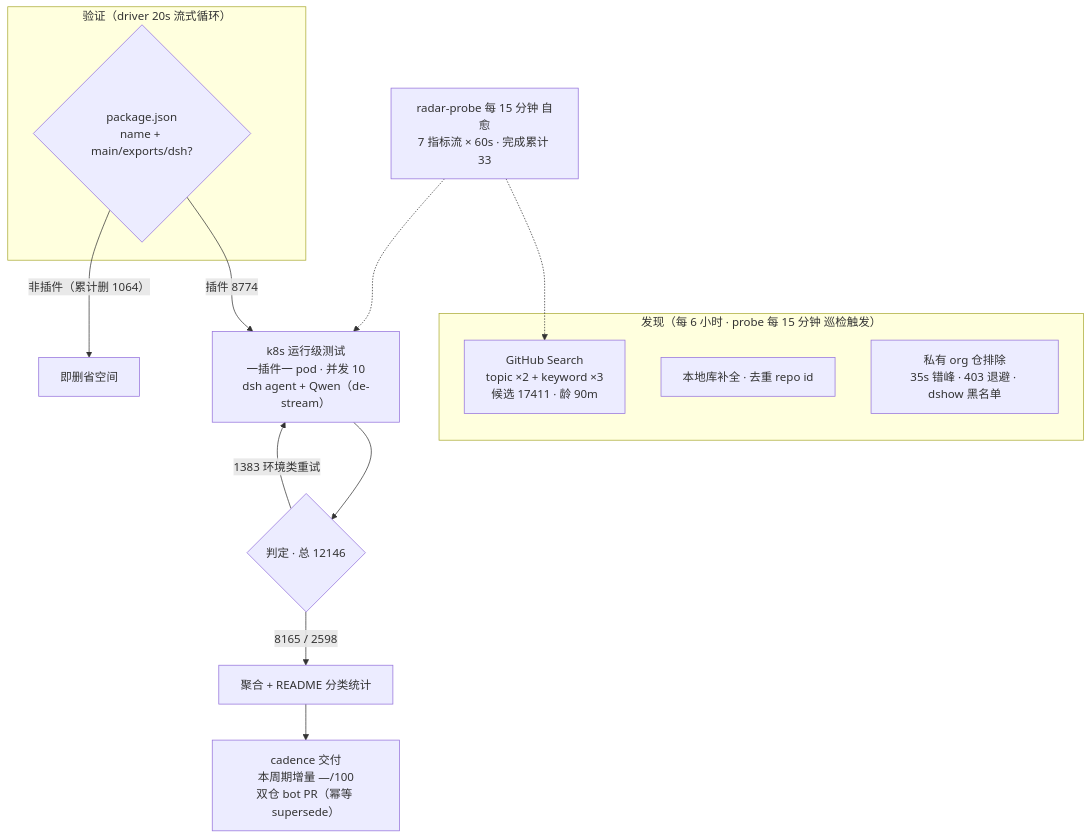
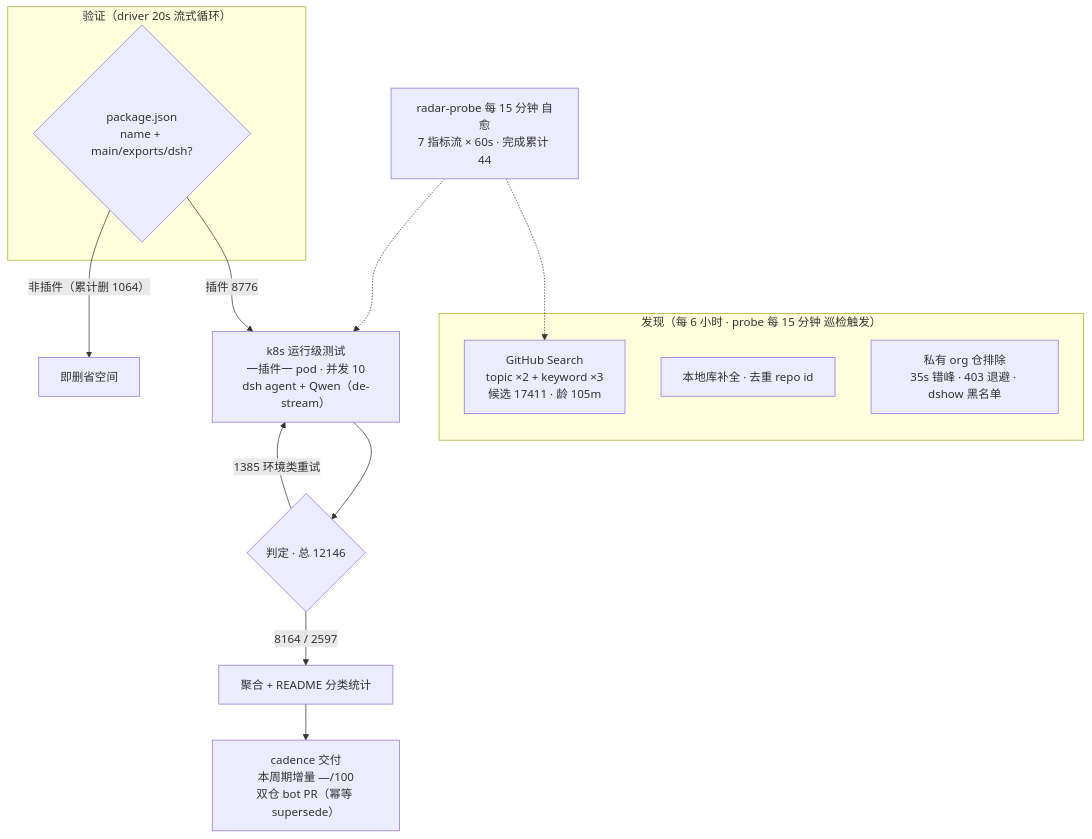
One commit to Zhidao-Lab-OSS/awesome-dsh-plugins changed the diagram in README.md. Above: the diagram before and after it, drawn with Mermaid. The commit also changed other lines of this file and 1 other file, not shown here.

````diff
--- a/README.md
+++ b/README.md
@@ -52,20 +52,20 @@
 ```mermaid
 flowchart TB
     subgraph Discovery["发现（每 6 小时 · probe 每 15 分钟 巡检触发）"]
-        A1["GitHub Search<br/>topic ×2 + keyword ×3<br/>候选 17411 · 龄 90m"]
+        A1["GitHub Search<br/>topic ×2 + keyword ×3<br/>候选 17411 · 龄 105m"]
         A2["本地库补全 · 去重 repo id"]
         A3["私有 org 仓排除<br/>35s 错峰 · 403 退避 · dshow 黑名单"]
     end
     subgraph Validation["验证（driver 20s 流式循环）"]
         B1{"package.json<br/>name + main/exports/dsh?"}
     end
-    B1 -->|"插件 8774"| C1["k8s 运行级测试<br/>一插件一 pod · 并发 10<br/>dsh agent + Qwen（de-stream）"]
+    B1 -->|"插件 8776"| C1["k8s 运行级测试<br/>一插件一 pod · 并发 10<br/>dsh agent + Qwen（de-stream）"]
     B1 -->|"非插件（累计删 1064）"| B3["即删省空间"]
     C1 --> D1{"判定 · 总 12146"}
-    D1 -->|"8165 / 2598"| E1["聚合 + README 分类统计"]
-    D1 -->|"1383 环境类重试"| C1
+    D1 -->|"8164 / 2597"| E1["聚合 + README 分类统计"]
+    D1 -->|"1385 环境类重试"| C1
     E1 --> E2["cadence 交付<br/>本周期增量 —/100<br/>双仓 bot PR（幂等 supersede）"]
-    M["radar-probe 每 15 分钟 自愈<br/>7 指标流 × 60s · 完成累计 33"]
+    M["radar-probe 每 15 分钟 自愈<br/>7 指标流 × 60s · 完成累计 44"]
     M -.-> A1
     M -.-> C1
 ```
````
